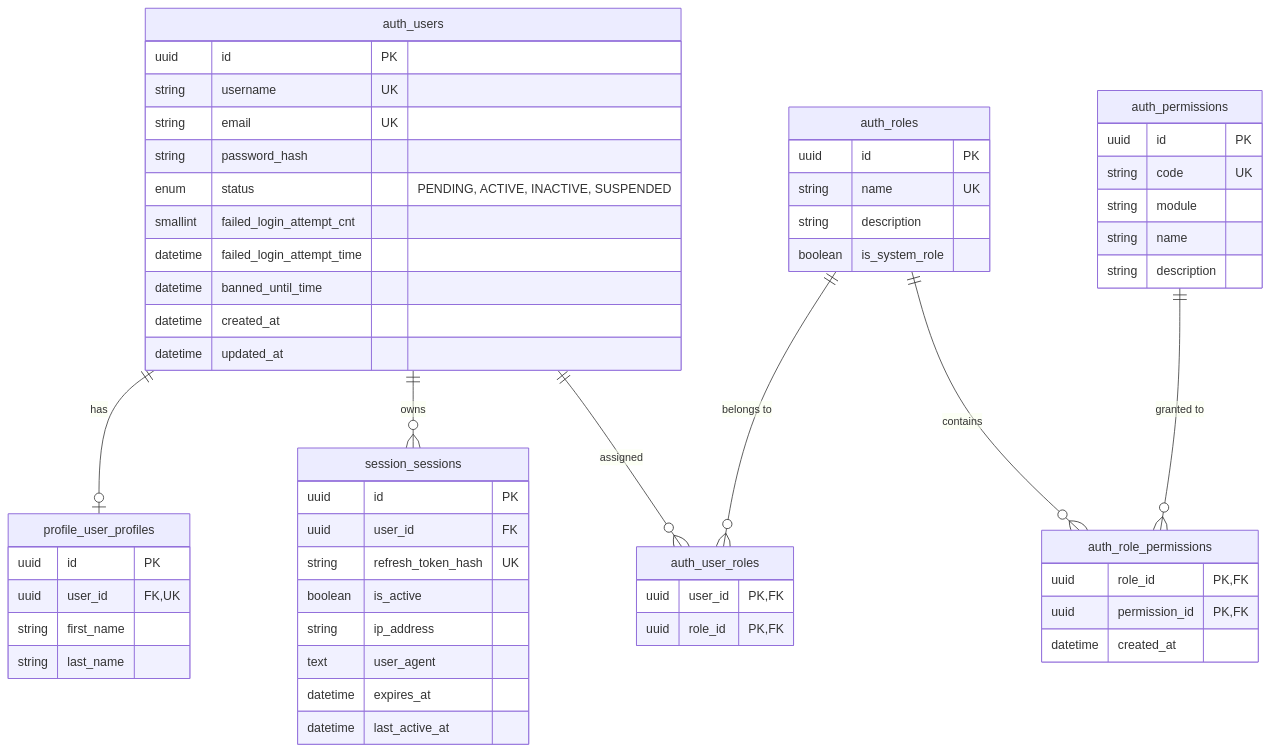
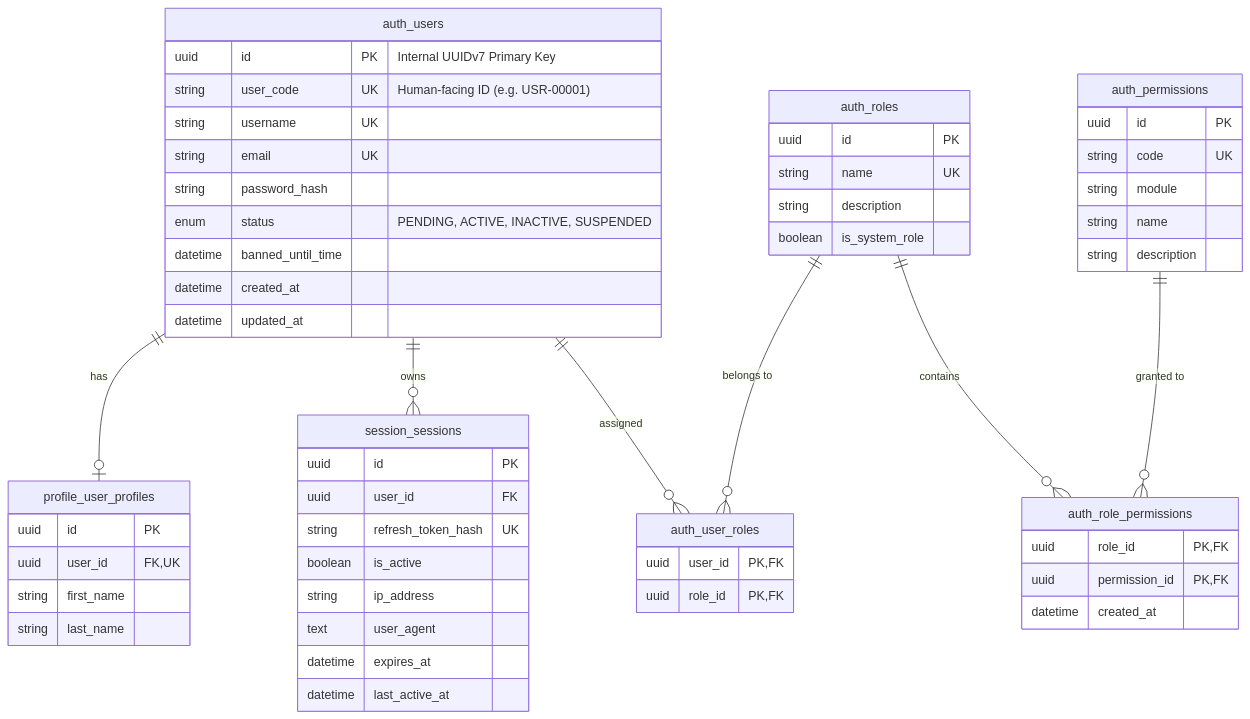
The first of 4 diagrams in docs/docs/AUTHENTICATION_README.md (BenjiBenji20/CAS-EIS), drawn with Mermaid before and after one commit. The commit also changed 18 other files, not shown here.

Commit message:
feat: implement user facing id (user_code) column

````diff
--- a/docs/docs/AUTHENTICATION_README.md
+++ b/docs/docs/AUTHENTICATION_README.md
@@ -46,66 +46,65 @@
 ```mermaid
 erDiagram
     auth_users ||--o{ auth_user_roles : "assigned"
     auth_roles ||--o{ auth_user_roles : "belongs to"
     auth_roles ||--o{ auth_role_permissions : "contains"
     auth_permissions ||--o{ auth_role_permissions : "granted to"
     auth_users ||--o{ session_sessions : "owns"
     auth_users ||--o| profile_user_profiles : "has"
 
     auth_users {
-        uuid id PK
+        uuid id PK "Internal UUIDv7 Primary Key"
+        string user_code UK "Human-facing ID (e.g. USR-00001)"
         string username UK
         string email UK
         string password_hash
         enum status "PENDING, ACTIVE, INACTIVE, SUSPENDED"
-        smallint failed_login_attempt_cnt
-        datetime failed_login_attempt_time
         datetime banned_until_time
         datetime created_at
         datetime updated_at
     }
 
     auth_roles {
         uuid id PK
         string name UK
         string description
         boolean is_system_role
     }
 
     auth_permissions {
         uuid id PK
         string code UK
         string module
         string name
         string description
     }
 
     auth_user_roles {
         uuid user_id PK, FK
         uuid role_id PK, FK
     }
 
     auth_role_permissions {
         uuid role_id PK, FK
         uuid permission_id PK, FK
         datetime created_at
     }
 
     session_sessions {
         uuid id PK
         uuid user_id FK
         string refresh_token_hash UK
         boolean is_active
         string ip_address
         text user_agent
         datetime expires_at
         datetime last_active_at
     }
 
     profile_user_profiles {
         uuid id PK
         uuid user_id FK, UK
         string first_name
         string last_name
     }
 ```
````
